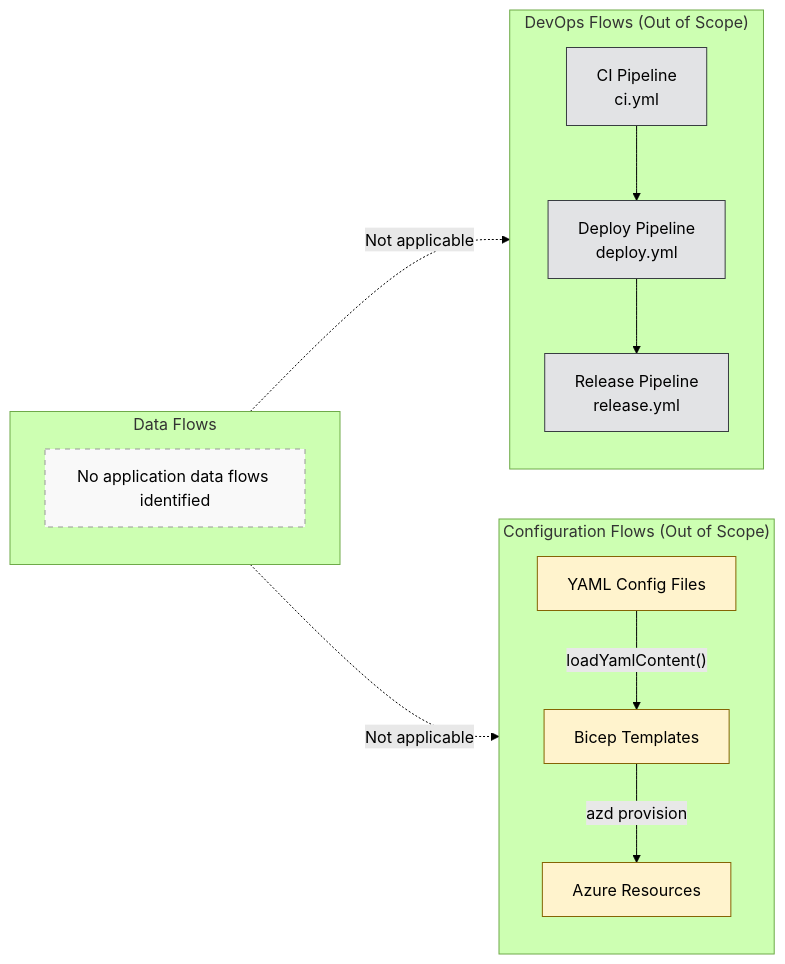
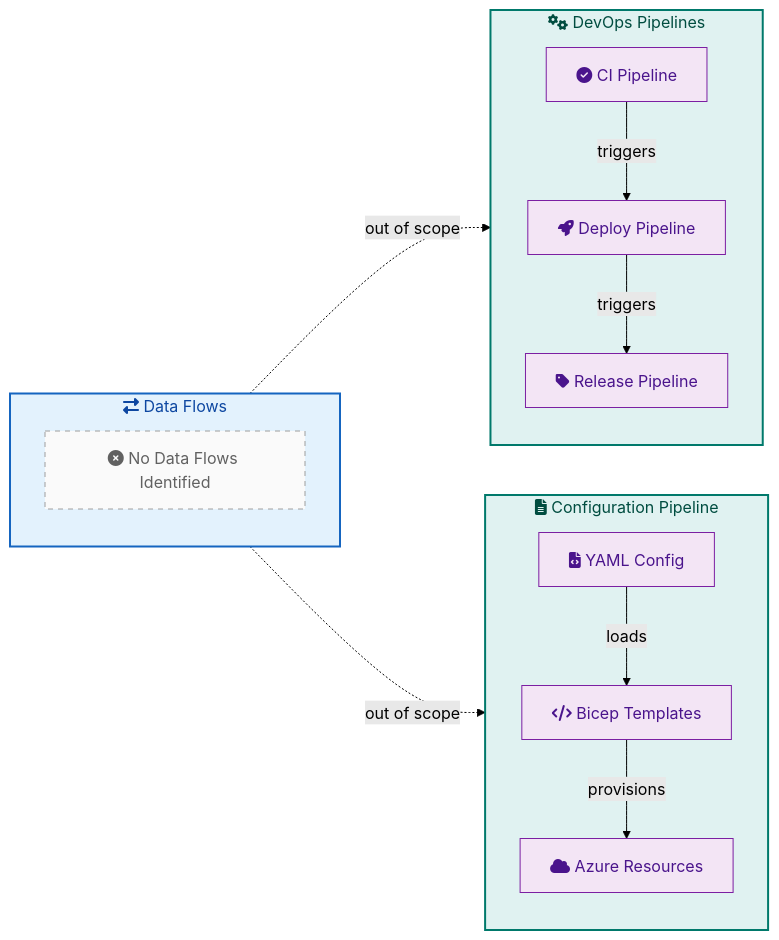
Before and after one commit to Evilazaro/DevExp-DevBox: the third of 4 diagrams in docs/architecture/Data.md, drawn with Mermaid (forest theme). The commit also changed other lines of this file, not shown here.

Commit message:
docs: refine Data Architecture document for clarity and structure

````diff
--- a/docs/architecture/Data.md
+++ b/docs/architecture/Data.md
@@ -120,35 +169,38 @@
 ```mermaid
 flowchart LR
-    subgraph DataFlows["Data Flows"]
-        NoFlows["No application data flows identified"]
+    subgraph DataFlows["fa:fa-exchange-alt Data Flows"]
+        NO_FLOW["fa:fa-times-circle No Data Flows Identified"]
     end
-    
-    subgraph DevOpsFlows["DevOps Flows (Out of Scope)"]
+
+    subgraph DevOpsPipelines["fa:fa-cogs DevOps Pipelines"]
         direction TB
-        CI["CI Pipeline<br/>ci.yml"]
-        Deploy["Deploy Pipeline<br/>deploy.yml"]
-        Release["Release Pipeline<br/>release.yml"]
-        CI --> Deploy
-        Deploy --> Release
+        CI["fa:fa-check-circle CI Pipeline"]
+        DEPLOY["fa:fa-rocket Deploy Pipeline"]
+        REL["fa:fa-tag Release Pipeline"]
+        CI -->|"triggers"| DEPLOY
+        DEPLOY -->|"triggers"| REL
     end
-    
-    subgraph ConfigFlows["Configuration Flows (Out of Scope)"]
+
+    subgraph ConfigPipeline["fa:fa-file-alt Configuration Pipeline"]
         direction TB
-        YAML["YAML Config Files"]
-        Bicep["Bicep Templates"]
-        Azure["Azure Resources"]
-        YAML -->|"loadYamlContent()"| Bicep
-        Bicep -->|"azd provision"| Azure
+        YAML["fa:fa-file-code YAML Config"]
+        BICEP["fa:fa-code Bicep Templates"]
+        AZ_RES["fa:fa-cloud Azure Resources"]
+        YAML -->|"loads"| BICEP
+        BICEP -->|"provisions"| AZ_RES
     end
-    
-    DataFlows -.->|"Not applicable"| DevOpsFlows
-    DataFlows -.->|"Not applicable"| ConfigFlows
-    
-    classDef notFound fill:#f9f9f9,stroke:#999,stroke-dasharray: 5 5
-    classDef devops fill:#e2e3e5,stroke:#383d41
-    classDef config fill:#fff3cd,stroke:#856404
-    
-    class NoFlows notFound
-    class CI,Deploy,Release devops
-    class YAML,Bicep,Azure config
+
+    DataFlows -.->|"out of scope"| DevOpsPipelines
+    DataFlows -.->|"out of scope"| ConfigPipeline
+
+    %% Style Definitions - Data Architecture
+    classDef L0 fill:#E3F2FD,stroke:#1565C0,stroke-width:2px,color:#0D47A1
+    classDef L1 fill:#E0F2F1,stroke:#00796B,stroke-width:2px,color:#004D40
+    classDef L3 fill:#F3E5F5,stroke:#7B1FA2,stroke-width:1px,color:#4A148C
+    classDef notFound fill:#FAFAFA,stroke:#9E9E9E,stroke-width:1px,stroke-dasharray:5 5,color:#616161
+
+    class DataFlows L0
+    class DevOpsPipelines,ConfigPipeline L1
+    class NO_FLOW notFound
+    class CI,DEPLOY,REL,YAML,BICEP,AZ_RES L3
 ```
````
